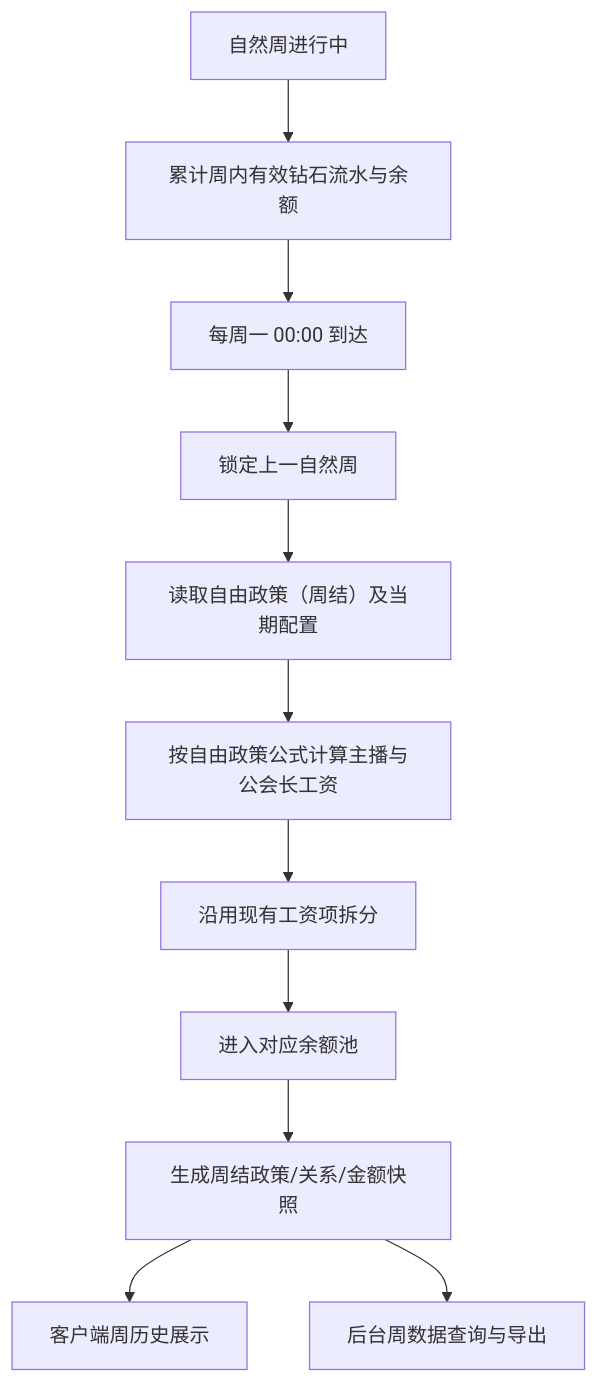
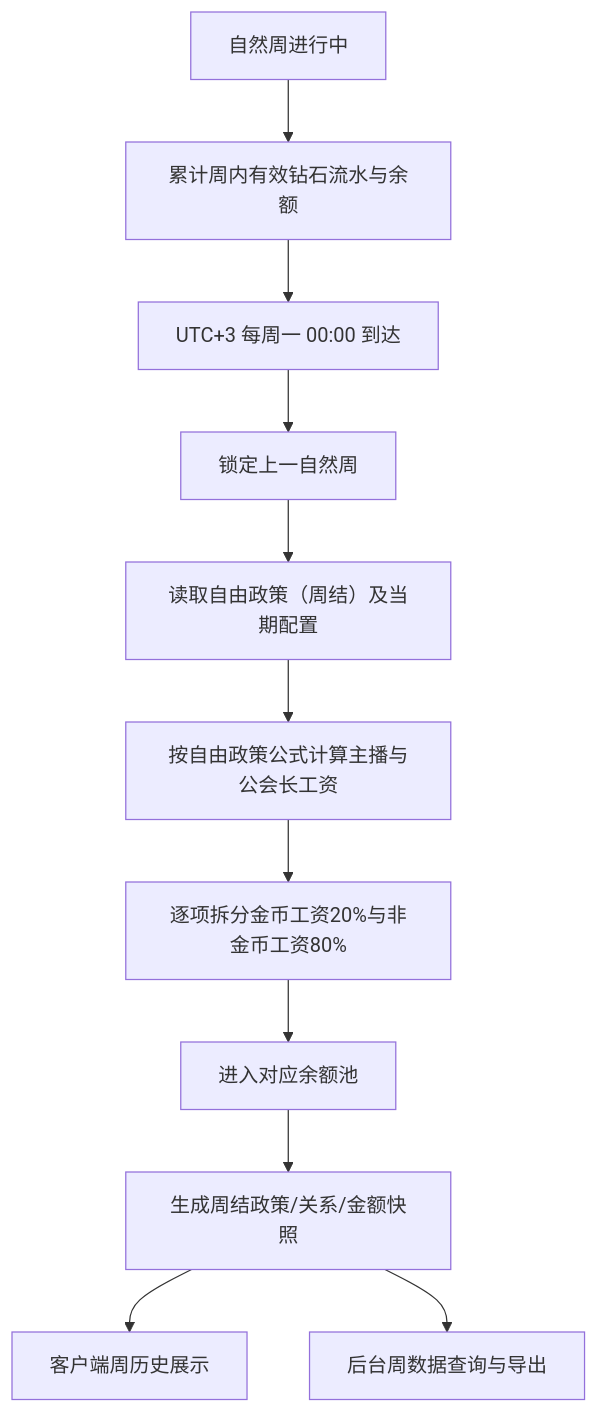
Before and after one commit to kocekid/TOPKHALIJ_GUILD_1.3: the second of 4 diagrams in 公会1.3增量需求文档.md, drawn with Mermaid. The commit also changed other lines of this file and 4 other files, not shown here.

````diff
--- a/公会1.3增量需求文档.md
+++ b/公会1.3增量需求文档.md
@@ -156,13 +157,13 @@
 ```mermaid
 flowchart TD
     A[自然周进行中] --> B[累计周内有效钻石流水与余额]
-    B --> C[每周一 00:00 到达]
+    B --> C[UTC+3 每周一 00:00 到达]
     C --> D[锁定上一自然周]
     D --> E[读取自由政策（周结）及当期配置]
     E --> F[按自由政策公式计算主播与公会长工资]
-    F --> G[沿用现有工资项拆分]
+    F --> G[逐项拆分金币工资20%与非金币工资80%]
     G --> I[进入对应余额池]
     I --> J[生成周结政策/关系/金额快照]
     J --> K[客户端周历史展示]
     J --> L[后台周数据查询与导出]
 ```
````
